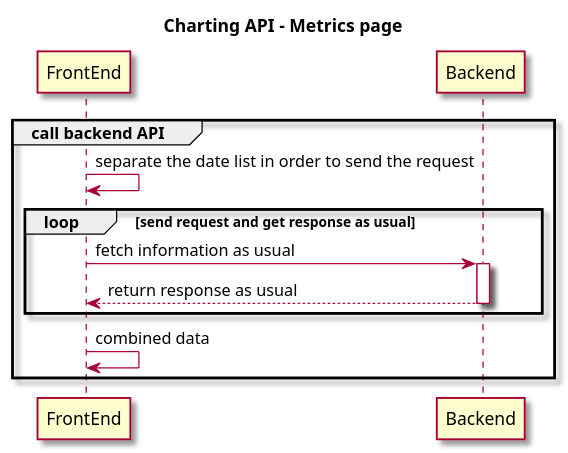
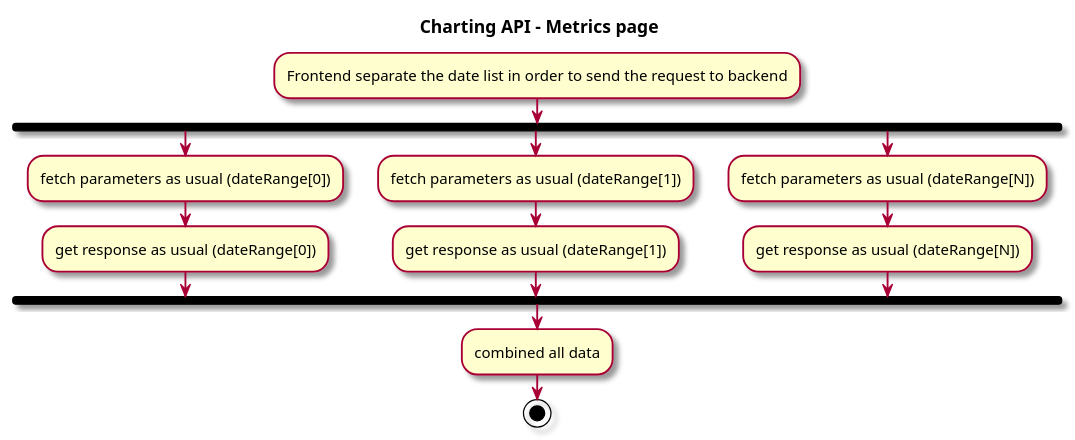
One commit to thoughtworks/HeartBeat changed the first of 2 diagrams in docs/src/content/docs/en/spikes/tech-spikes-chart-api-solutions.mdx. Above: the diagram before and after it, drawn with PlantUML. The commit also changed other lines of this file, not shown here.

First line of the commit message:
ADM-886:[docs]docs: refactor chart API docs sequence diagram (#1339)

````diff
--- a/docs/src/content/docs/en/spikes/tech-spikes-chart-api-solutions.mdx
+++ b/docs/src/content/docs/en/spikes/tech-spikes-chart-api-solutions.mdx
@@ -39,20 +39,22 @@
 ```plantuml
 @startuml Charting API refactor
 skin rose
 title Charting API - Metrics page
 
-participant FrontEnd
-participant Backend
+:Frontend separate the date list in order to send the request to backend;
 
-group call backend API
-    FrontEnd -> FrontEnd: separate the date list in order to send the request
-    loop send request and get response as usual
-        FrontEnd -> Backend: fetch information as usual
-        activate Backend
-        FrontEnd <-- Backend: return response as usual
-        deactivate Backend
-    end loop
-    FrontEnd -> FrontEnd: combined data
-end
+fork
+  :fetch parameters as usual (dateRange[0]);
+  :get response as usual (dateRange[0]);
+fork again
+  :fetch parameters as usual (dateRange[1]);
+  :get response as usual (dateRange[1]);
+fork again
+  :fetch parameters as usual (dateRange[N]);
+  :get response as usual (dateRange[N]);
+end fork
+:combined all data;
+
+stop
 @enduml
 ```
````
